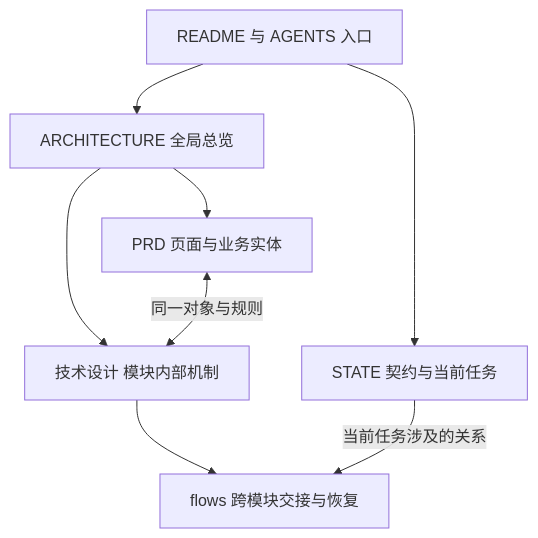
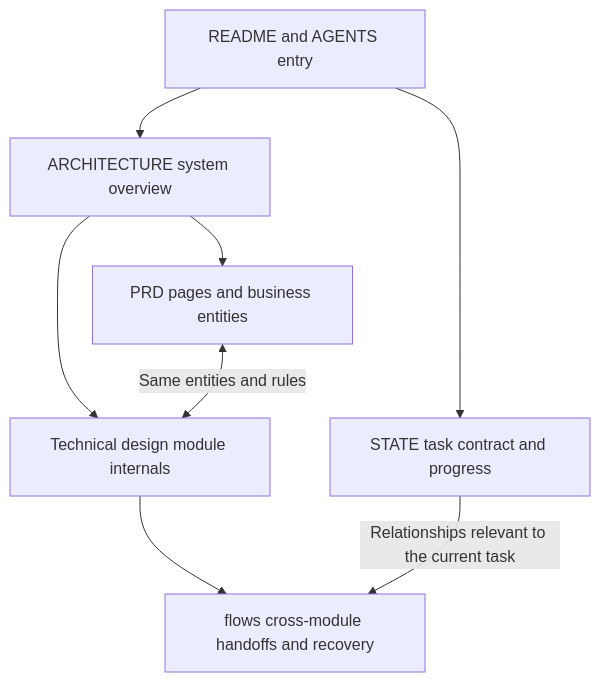
Before and after one commit to jiale-li-orion/arch-thinking-skill: the second of 3 diagrams in README.md, drawn with Mermaid. The commit also changed other lines of this file and 12 other files, not shown here.

````diff
--- a/README.md
+++ b/README.md
@@ -110,10 +111,10 @@
 ```mermaid
 flowchart TB
-    EN[README 与 AGENTS 入口] --> AR[ARCHITECTURE 全局总览]
-    EN --> ST[STATE 契约与当前任务]
-    AR --> PD[PRD 页面与业务实体]
-    AR --> TD[技术设计 模块内部机制]
-    PD <-->|同一对象与规则| TD
-    TD --> FL[flows 跨模块交接与恢复]
-    ST -->|当前任务涉及的关系| FL
+    EN[README and AGENTS entry] --> AR[ARCHITECTURE system overview]
+    EN --> ST[STATE task contract and progress]
+    AR --> PD[PRD pages and business entities]
+    AR --> TD[Technical design module internals]
+    PD <-->|Same entities and rules| TD
+    TD --> FL[flows cross-module handoffs and recovery]
+    ST -->|Relationships relevant to the current task| FL
 ```
````
